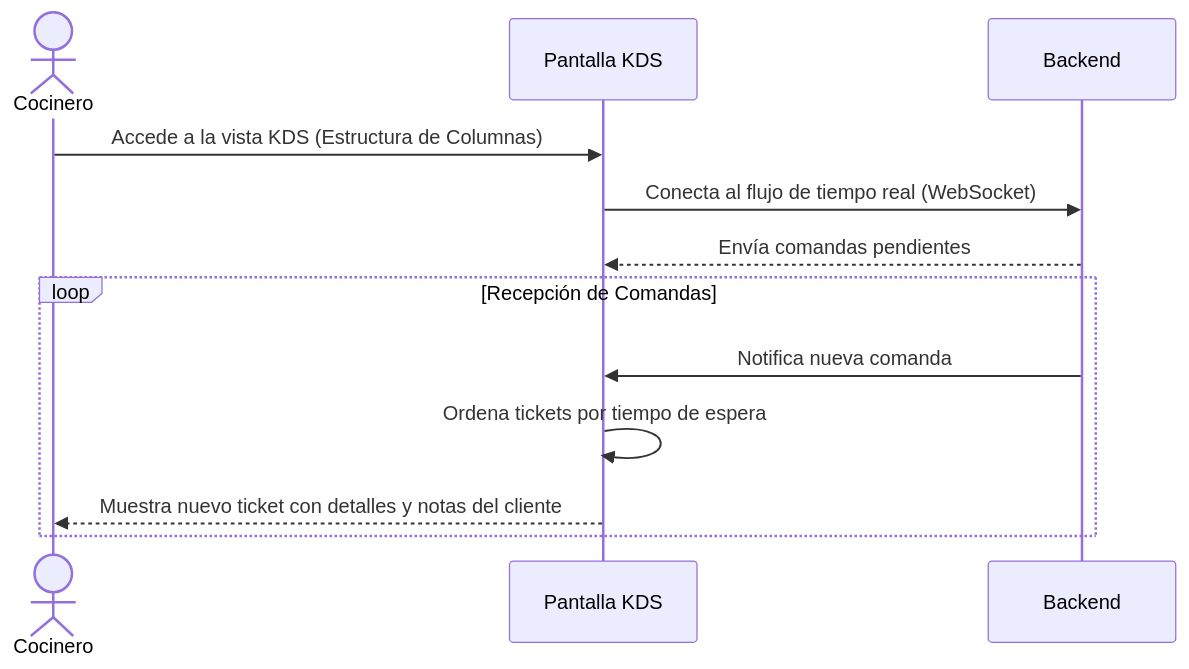
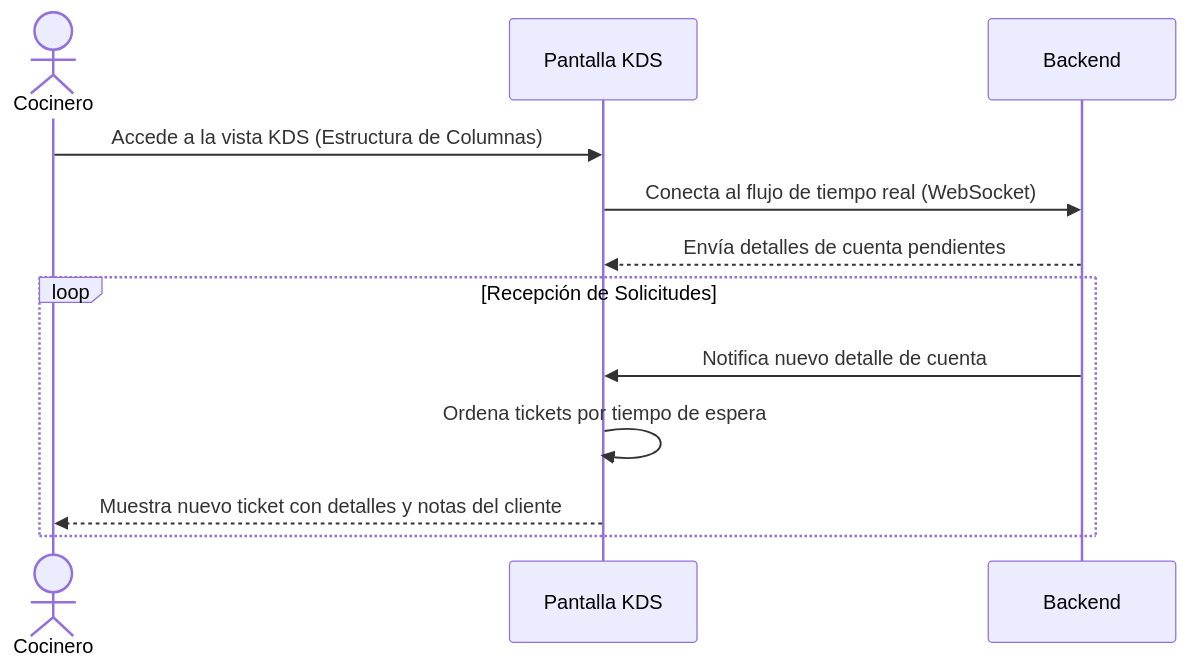
The sixth of 11 diagrams in Documentos/Diagramas_Historias_Usuario.md (C3-IS0289-2026/Restaurante-Avanzado), drawn with Mermaid before and after one commit. The commit also changed other lines of this file and 19 other files, not shown here.

First line of the commit message:
refactor(db,domain,docs): unificar lenguaje ubicuo en cuenta y estado_detalle_cuenta

````diff
--- a/Documentos/Diagramas_Historias_Usuario.md
+++ b/Documentos/Diagramas_Historias_Usuario.md
@@ -111,15 +111,15 @@
 ```mermaid
 sequenceDiagram
     actor Cocinero
     participant KDS as Pantalla KDS
     participant Backend
 
     Cocinero->>KDS: Accede a la vista KDS (Estructura de Columnas)
     KDS->>Backend: Conecta al flujo de tiempo real (WebSocket)
-    Backend-->>KDS: Envía comandas pendientes
-    loop Recepción de Comandas
-        Backend->>KDS: Notifica nueva comanda
+    Backend-->>KDS: Envía detalles de cuenta pendientes
+    loop Recepción de Solicitudes
+        Backend->>KDS: Notifica nuevo detalle de cuenta
         KDS->>KDS: Ordena tickets por tiempo de espera
         KDS-->>Cocinero: Muestra nuevo ticket con detalles y notas del cliente
     end
 ```
````
